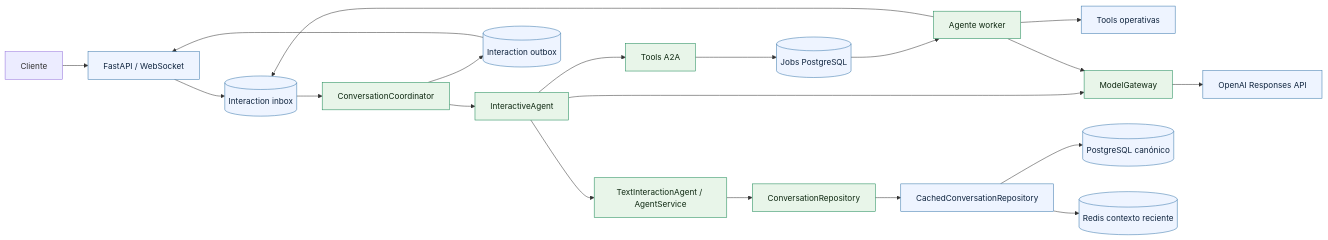
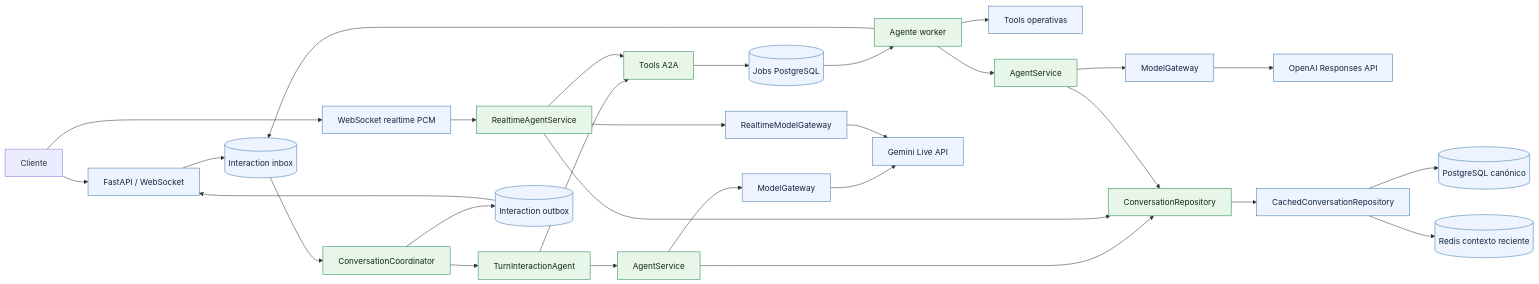
One commit to SergioReyesM24/TesseraFlow changed the first of 2 diagrams in README.md. Above: the diagram before and after it, drawn with Mermaid. The commit also changed other lines of this file and 35 other files, not shown here.

````diff
--- a/README.md
+++ b/README.md
@@ -143,27 +212,36 @@
 ```mermaid
 flowchart LR
     Client[Cliente] --> API[FastAPI / WebSocket]
+    Client --> RealtimeAPI[WebSocket realtime PCM]
     API --> Inbox[(Interaction inbox)]
     Inbox --> Coordinator[ConversationCoordinator]
-    Coordinator --> Interactive[InteractiveAgent]
-    Interactive --> Service[TextInteractionAgent / AgentService]
+    Coordinator --> Interactive[TurnInteractionAgent]
     Interactive --> Protocol[Tools A2A]
     Protocol --> Jobs[(Jobs PostgreSQL)]
     Jobs --> Worker[Agente worker]
     Worker --> Inbox
     Worker --> Tools[Tools operativas]
-    Interactive --> Gateway[ModelGateway]
-    Worker --> Gateway
-    Gateway --> OpenAI[OpenAI Responses API]
+    Interactive --> InteractiveService[AgentService]
+    InteractiveService --> InteractiveGateway[ModelGateway]
+    InteractiveGateway --> Gemini[Gemini Live API]
+    RealtimeAPI --> RealtimeService[RealtimeAgentService]
+    RealtimeService --> RealtimeGateway[RealtimeModelGateway]
+    RealtimeGateway --> Gemini
+    RealtimeService --> Protocol
+    Worker --> WorkerService[AgentService]
+    WorkerService --> WorkerGateway[ModelGateway]
+    WorkerGateway --> OpenAI[OpenAI Responses API]
     Coordinator --> Outbox[(Interaction outbox)]
     Outbox --> API
-    Service --> Repository[ConversationRepository]
+    InteractiveService --> Repository[ConversationRepository]
+    RealtimeService --> Repository
+    WorkerService --> Repository
     Repository --> Cached[CachedConversationRepository]
     Cached --> PostgreSQL[(PostgreSQL canónico)]
     Cached --> Redis[(Redis contexto reciente)]
 
     classDef core fill:#e8f5e9,stroke:#198754,color:#102a13
     classDef adapter fill:#eef4ff,stroke:#3776ab,color:#10253f
-    class Coordinator,Service,Interactive,Protocol,Worker,Gateway,Repository core
-    class API,Inbox,Outbox,OpenAI,Tools,Jobs,Cached,PostgreSQL,Redis adapter
+    class Coordinator,Interactive,InteractiveService,RealtimeService,Protocol,Worker,WorkerService,Repository core
+    class API,RealtimeAPI,Inbox,Outbox,InteractiveGateway,RealtimeGateway,WorkerGateway,Gemini,OpenAI,Tools,Jobs,Cached,PostgreSQL,Redis adapter
 ```
````
